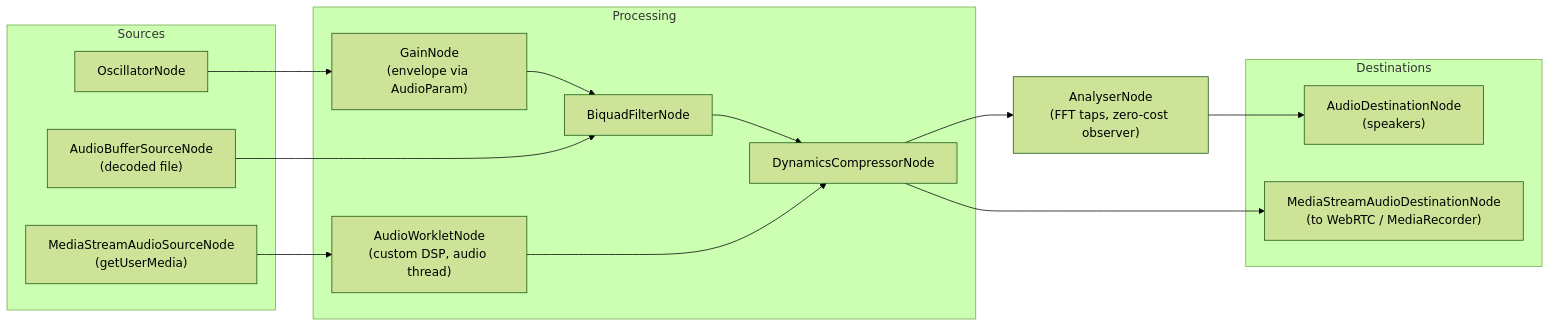
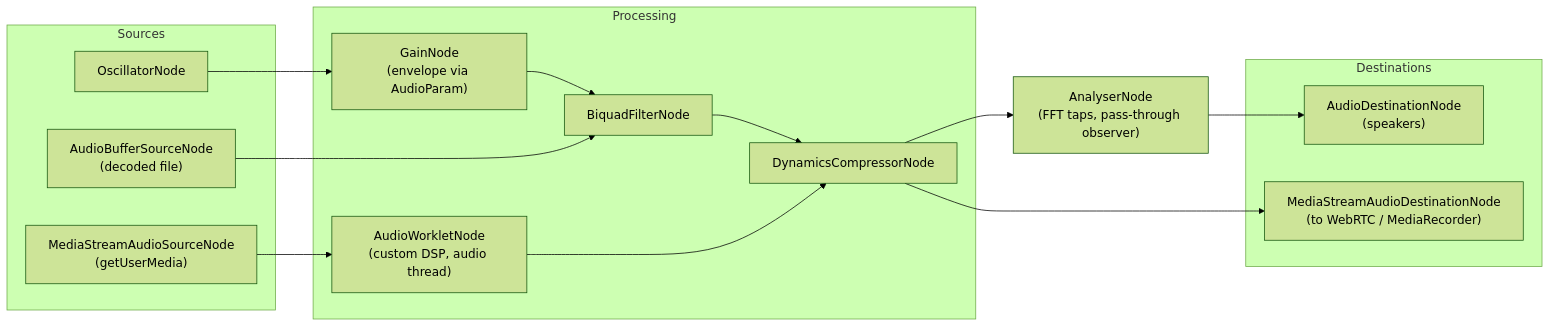
Before and after one commit to alivedise/frontend-engineering-essentials: the diagram in docs/en/Browser APIs and Web Platform/web-audio-api.md, drawn with Mermaid (forest theme). The commit also changed other lines of this file and 1 other file, not shown here.

````diff
--- a/docs/en/Browser APIs and Web Platform/web-audio-api.md
+++ b/docs/en/Browser APIs and Web Platform/web-audio-api.md
@@ -20,24 +20,24 @@
 ```mermaid
 flowchart LR
     subgraph sources ["Sources"]
         OSC["OscillatorNode"]
         BUF["AudioBufferSourceNode<br/>(decoded file)"]
         MIC["MediaStreamAudioSourceNode<br/>(getUserMedia)"]
     end
     subgraph fx ["Processing"]
         GAIN["GainNode<br/>(envelope via AudioParam)"]
         FILT["BiquadFilterNode"]
         WORK["AudioWorkletNode<br/>(custom DSP, audio thread)"]
         COMP["DynamicsCompressorNode"]
     end
-    ANA["AnalyserNode<br/>(FFT taps, zero-cost observer)"]
+    ANA["AnalyserNode<br/>(FFT taps, pass-through observer)"]
     subgraph out ["Destinations"]
         DEST["AudioDestinationNode<br/>(speakers)"]
         MSD["MediaStreamAudioDestinationNode<br/>(to WebRTC / MediaRecorder)"]
     end
     OSC --> GAIN --> FILT --> COMP
     BUF --> FILT
     MIC --> WORK --> COMP
     COMP --> ANA --> DEST
     COMP --> MSD
 ```
````
